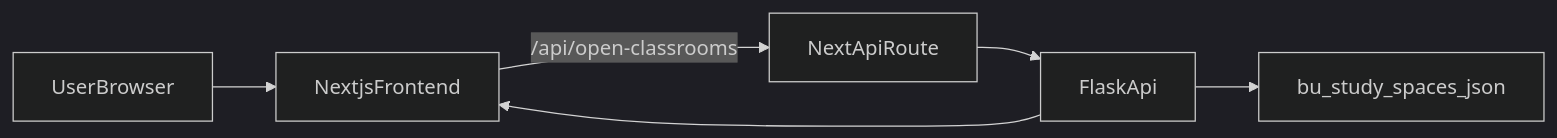
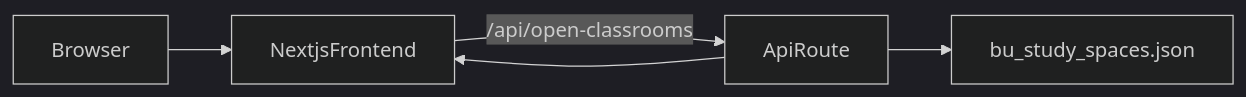
One commit to ry4nrodriguez/studyBUddy changed the diagram in ARCHITECTURE.md. Above: the diagram before and after it, drawn with Mermaid (dark theme). The commit also changed other lines of this file and 15 other files, not shown here.

First line of the commit message:
feat: migrate backend logic to Next.js API route

````diff
--- a/ARCHITECTURE.md
+++ b/ARCHITECTURE.md
@@ -8,13 +8,7 @@
 ```mermaid
 flowchart LR
-  UserBrowser --> FrontendUI
-  FrontendUI -->|"/api/open-classrooms"| NextApiRoute
-  NextApiRoute --> BackendApi
-  BackendApi --> DataFile
-  BackendApi --> FrontendUI
-
-  FrontendUI[NextjsFrontend]
-  NextApiRoute[NextApiRoute]
-  BackendApi[FlaskApi]
-  DataFile[bu_study_spaces_json]
+  Browser --> NextjsFrontend
+  NextjsFrontend -->|"/api/open-classrooms"| ApiRoute
+  ApiRoute --> JsonData[bu_study_spaces.json]
+  ApiRoute --> NextjsFrontend
 ```
````
